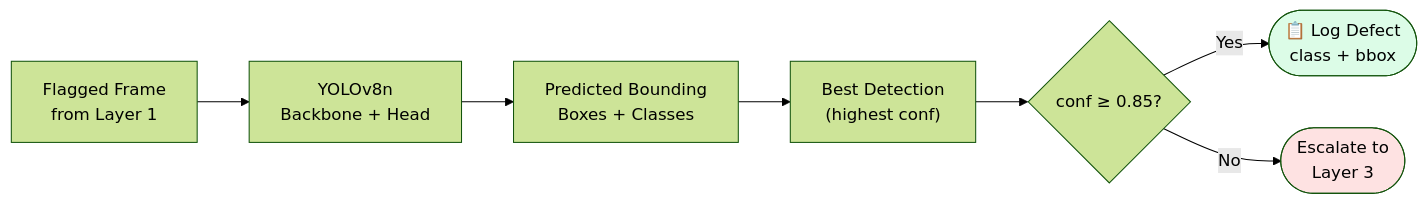
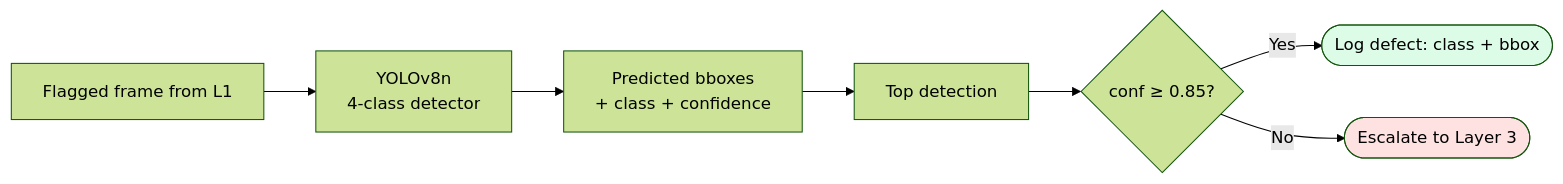
One commit to j-jayes/Scratching-the-Surface changed the second of 4 diagrams in website/architecture.qmd. Above: the diagram before and after it, drawn with Mermaid (forest theme). The commit also changed other lines of this file and 73 other files, not shown here.

````diff
--- a/website/architecture.qmd
+++ b/website/architecture.qmd
@@ -56,19 +76,19 @@
 ```{mermaid}
 %%| label: fig-layer2
-%%| fig-cap: "Layer 2: YOLOv8 inference and confidence routing"
+%%| fig-cap: "Layer 2: YOLOv8n inference and confidence routing"
 flowchart LR
-    IN[Flagged Frame\nfrom Layer 1]
-    YOLO["YOLOv8n\nBackbone + Head"]
-    BOXES["Predicted Bounding\nBoxes + Classes"]
-    BEST["Best Detection\n(highest conf)"]
-    GATE{"conf ≥ 0.85?"}
-    LOG(["📋 Log Defect\nclass + bbox"])
-    ESC(["Escalate to\nLayer 3"])
+    IN[Flagged frame from L1]
+    YOLO["YOLOv8n<br/>4-class detector"]
+    BOXES["Predicted bboxes<br/>+ class + confidence"]
+    BEST["Top detection"]
+    GATE{conf ≥ 0.85?}
+    LOG([Log defect: class + bbox])
+    ESC([Escalate to Layer 3])
 
     IN --> YOLO --> BOXES --> BEST --> GATE
     GATE -- Yes --> LOG
     GATE -- No --> ESC
 
     style LOG fill:#dcfce7
     style ESC fill:#fee2e2
 ```
````
